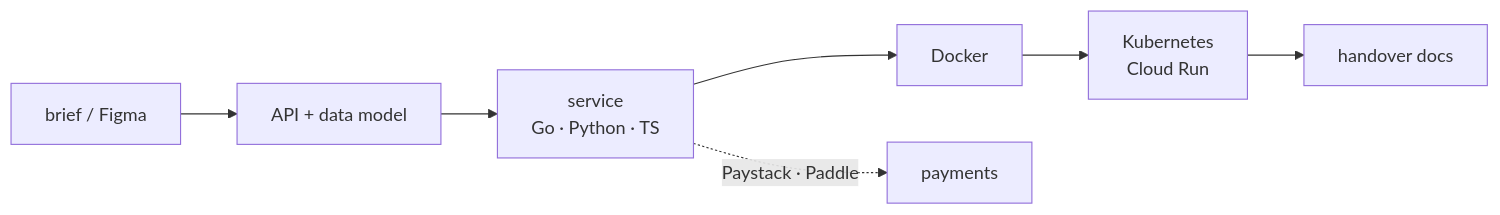
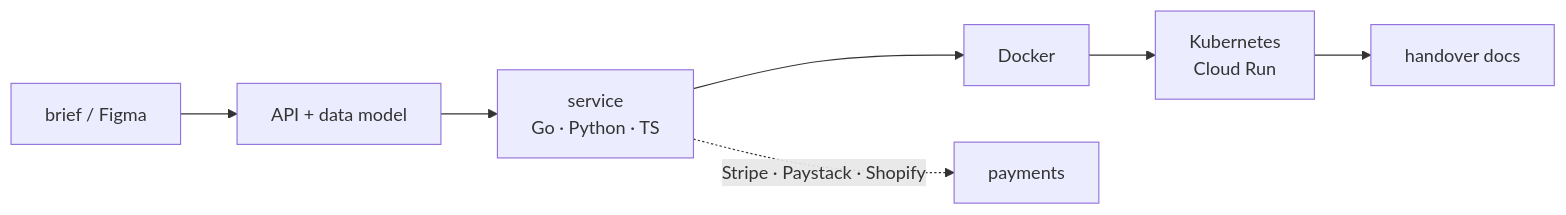
One commit to Enochthedev/Enochthedev changed the diagram in README.md. Above: the diagram before and after it, drawn with Mermaid. The commit also changed other lines of this file, not shown here.

````diff
--- a/README.md
+++ b/README.md
@@ -46,9 +47,9 @@
 ```mermaid
 flowchart LR
     A["brief / Figma"] --> B["API + data model"]
     B --> C["service<br/>Go · Python · TS"]
     C --> D["Docker"]
     D --> E["Kubernetes<br/>Cloud Run"]
     E --> F["handover docs"]
-    C -.->|"Paystack · Paddle"| G["payments"]
+    C -.->|"Stripe · Paystack · Shopify"| G["payments"]
 ```
````
